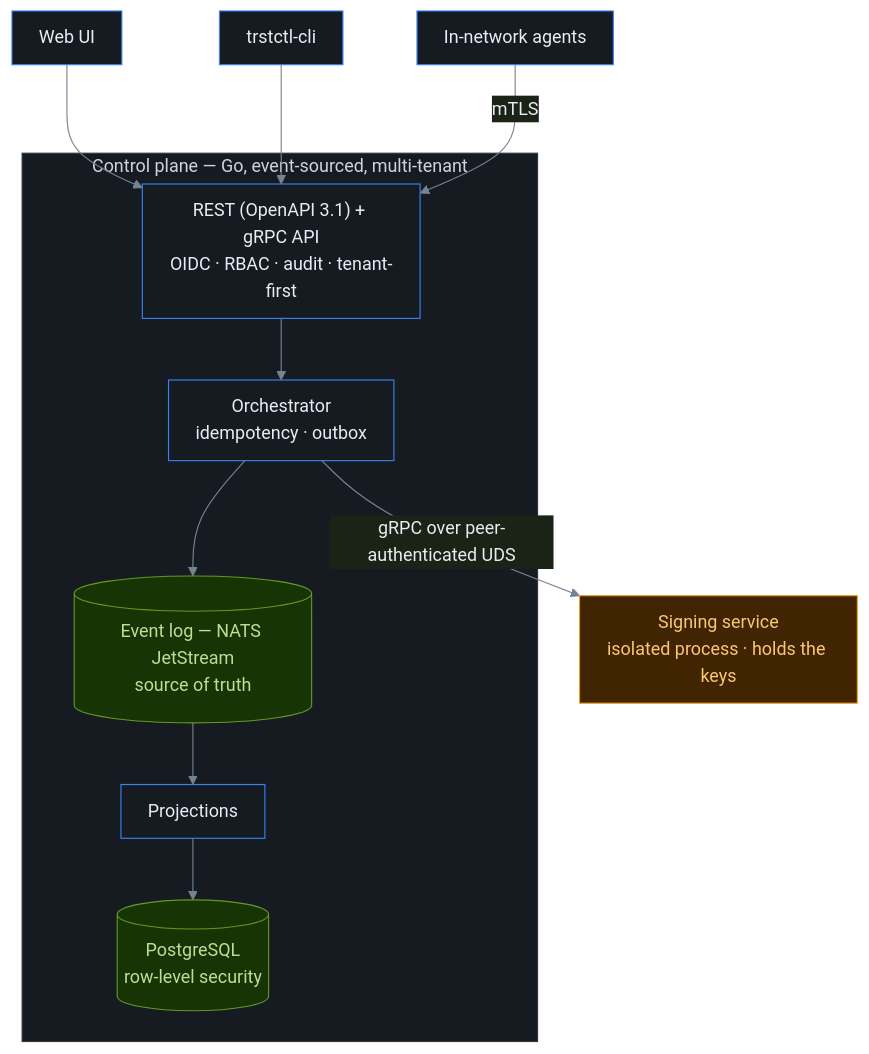
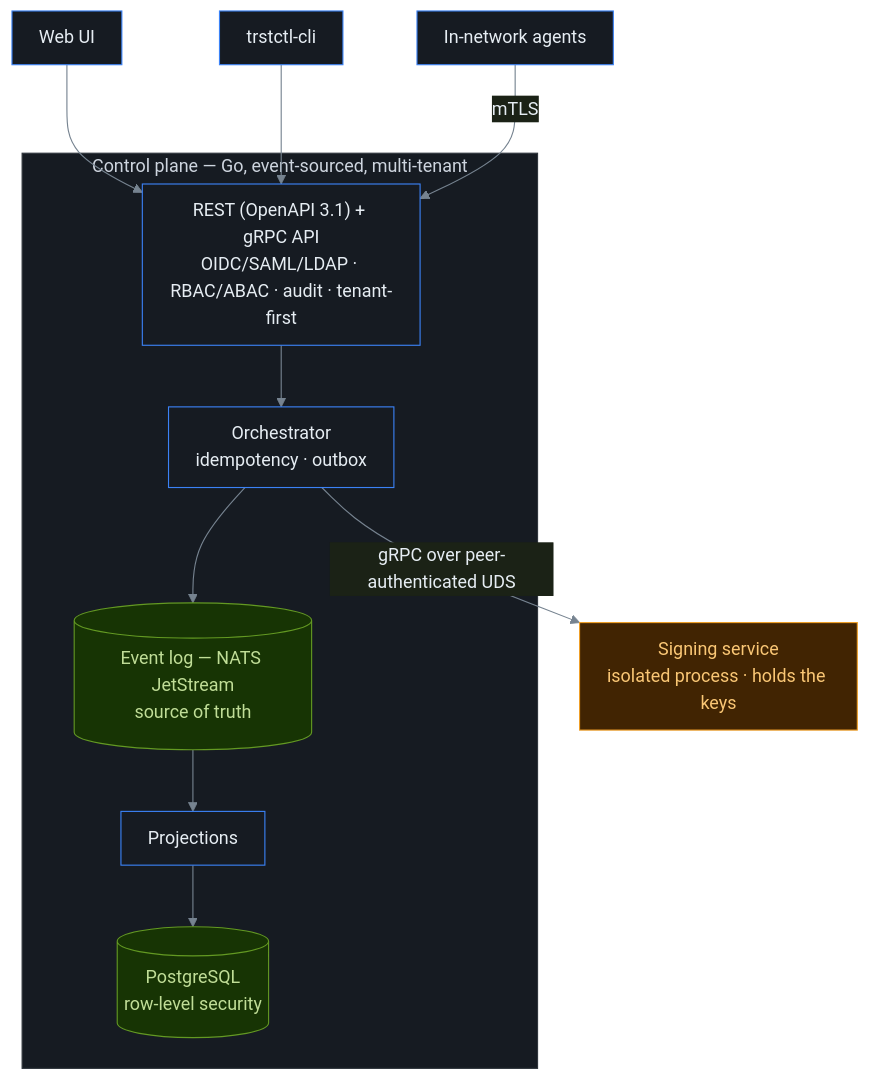
Before and after one commit to imfeelingtheagi/trustctl: the diagram in README.md, drawn with Mermaid. The commit also changed other lines of this file and 61 other files, not shown here.

````diff
--- a/README.md
+++ b/README.md
@@ -216,21 +218,21 @@
 ```mermaid
 %%{init: {'theme':'base','themeVariables':{'background':'transparent','primaryColor':'#161b22','primaryTextColor':'#e6edf3','primaryBorderColor':'#3b82f6','lineColor':'#768390','clusterBkg':'#161b22','clusterBorder':'#30363d','fontFamily':'ui-monospace, SFMono-Regular, Menlo, monospace'},'flowchart':{'curve':'basis','nodeSpacing':55,'rankSpacing':55,'padding':12}}}%%
 flowchart TB
   ui["Web UI"] --> api
   cli["trstctl-cli"] --> api
   agent["In-network agents"] -- mTLS --> api
 
   subgraph cp["Control plane — Go, event-sourced, multi-tenant"]
-    api["REST (OpenAPI 3.1) + gRPC API<br/>OIDC · RBAC · audit · tenant-first"] --> orch["Orchestrator<br/>idempotency · outbox"]
+    api["REST (OpenAPI 3.1) + gRPC API<br/>OIDC/SAML/LDAP · RBAC/ABAC · audit · tenant-first"] --> orch["Orchestrator<br/>idempotency · outbox"]
     orch --> log[("Event log — NATS JetStream<br/>source of truth")]
     log --> proj["Projections"]
     proj --> pg[("PostgreSQL<br/>row-level security")]
   end
 
   orch -- "gRPC over peer-authenticated UDS" --> signer["Signing service<br/>isolated process · holds the keys"]
 
   classDef store fill:#173404,stroke:#639922,color:#C0DD97
   classDef signer fill:#412402,stroke:#EF9F27,color:#FAC775
   class log,pg store
   class signer signer
 ```
````
